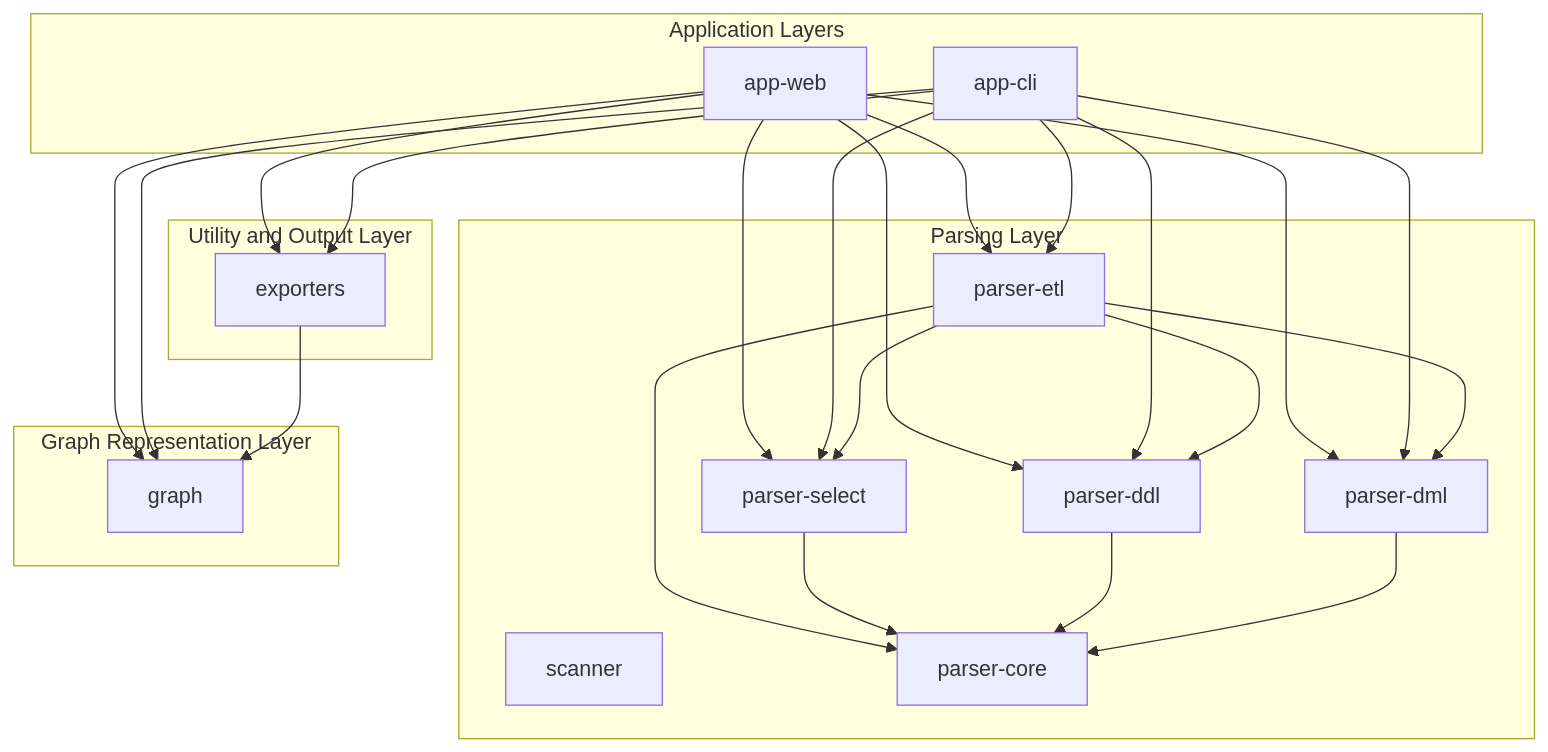
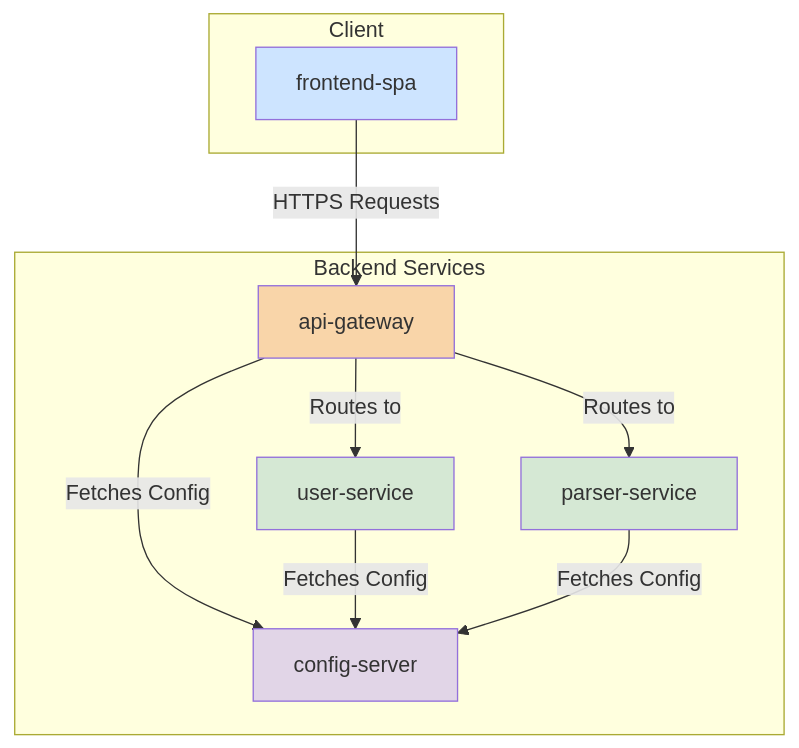
Before and after one commit to Azriel84ht/tdt-sql-scan: the diagram in docs/architecture.md, drawn with Mermaid. The commit also changed other lines of this file and 1 other file, not shown here.

````diff
--- a/docs/architecture.md
+++ b/docs/architecture.md
@@ -50,45 +69,28 @@
 ```mermaid
 graph TD
-    subgraph "Application Layers"
-        A[app-web]
-        B[app-cli]
+    subgraph "Client"
+        A[frontend-spa]
     end
 
-    subgraph "Parsing Layer"
-        C[scanner]
-        D[parser-core]
-        E[parser-select]
-        F[parser-ddl]
-        G[parser-dml]
-        H[parser-etl]
+    subgraph "Backend Services"
+        B[api-gateway]
+        C[user-service]
+        D[parser-service]
+        E[config-server]
     end
 
-    subgraph "Graph Representation Layer"
-        I[graph]
-    end
+    A -->|HTTPS Requests| B
 
-    subgraph "Utility and Output Layer"
-        J[exporters]
-    end
+    B -->|Routes to| C
+    B -->|Routes to| D
 
-    A --> H
-    A --> I
-    A --> E
-    A --> F
-    A --> G
-    B --> H
-    B --> I
-    B --> E
-    B --> F
-    B --> G
-    H --> D
-    H --> E
-    H --> F
-    H --> G
-    E --> D
-    F --> D
-    G --> D
-    J --> I
-    A --> J
-    B --> J
+    B -->|Fetches Config| E
+    C -->|Fetches Config| E
+    D -->|Fetches Config| E
+
+    style A fill:#cde4ff
+    style B fill:#f9d5a9
+    style C fill:#d5e8d4
+    style D fill:#d5e8d4
+    style E fill:#e1d5e7
 ```
````
